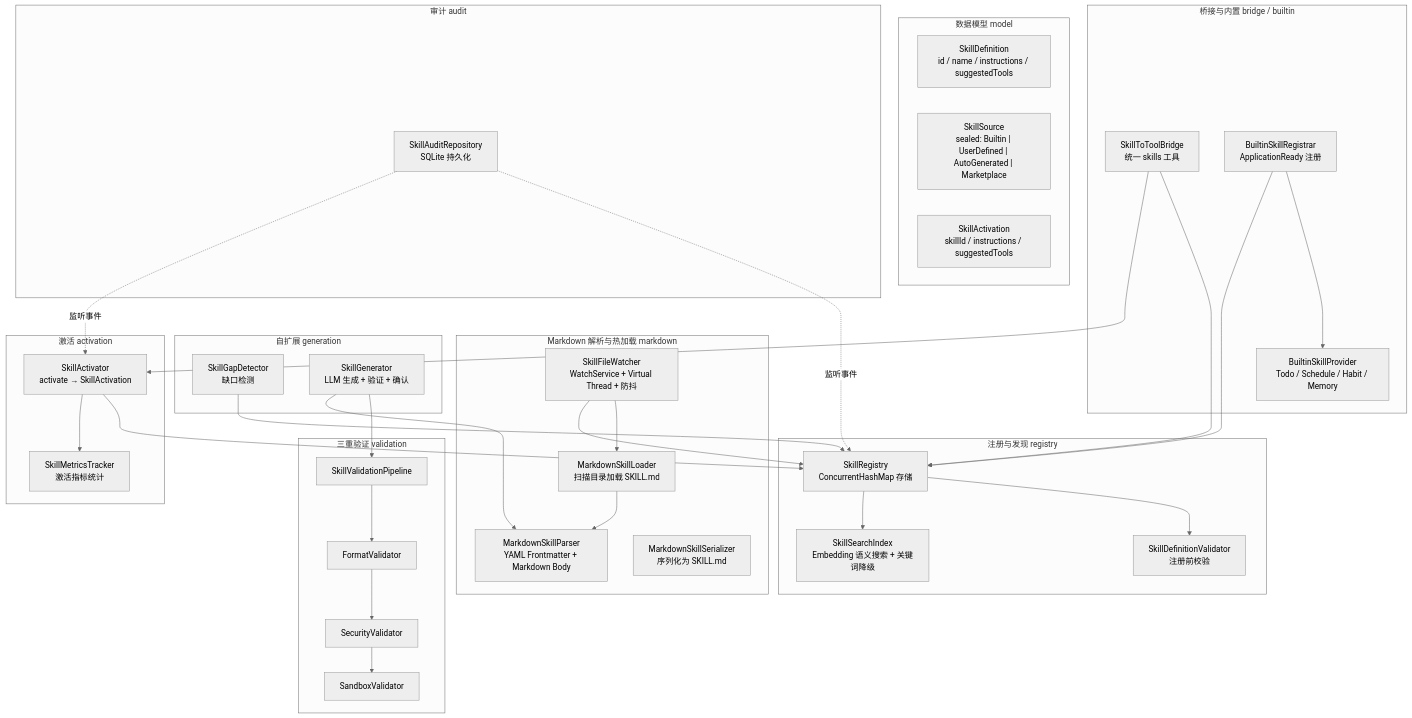
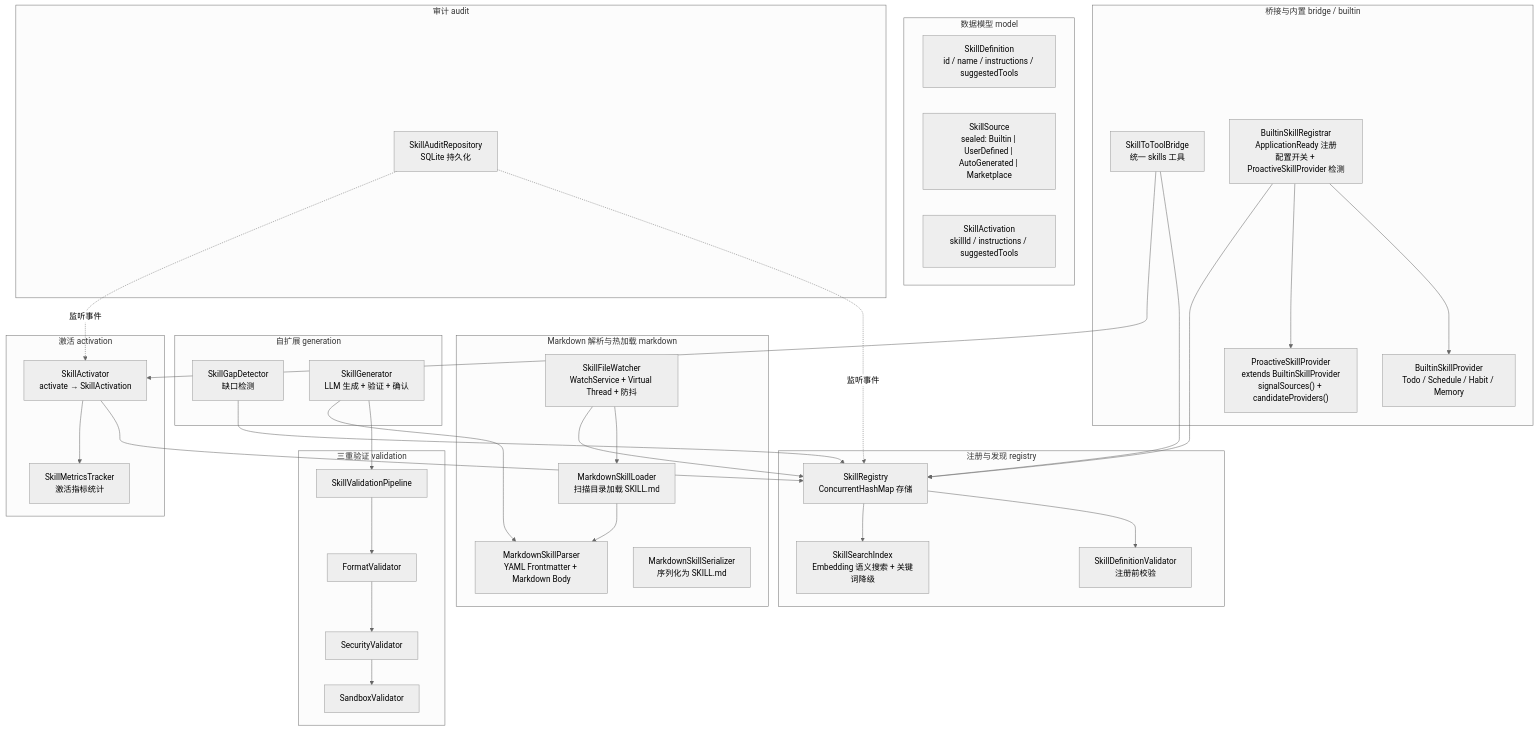
The first of 4 diagrams in docs/architecture/skill-system.md (ntygod/LifePilot), drawn with Mermaid (neutral theme) before and after one commit. The commit also changed other lines of this file and 7 other files, not shown here.

````diff
--- a/docs/architecture/skill-system.md
+++ b/docs/architecture/skill-system.md
@@ -15,65 +15,67 @@
 ```mermaid
 graph TB
     subgraph "数据模型 model"
         SD["SkillDefinition<br/>id / name / instructions / suggestedTools"]
         SS["SkillSource<br/>sealed: Builtin | UserDefined | AutoGenerated | Marketplace"]
         SA_M["SkillActivation<br/>skillId / instructions / suggestedTools"]
     end
 
     subgraph "注册与发现 registry"
         SR["SkillRegistry<br/>ConcurrentHashMap 存储"]
         SDV["SkillDefinitionValidator<br/>注册前校验"]
         SSI["SkillSearchIndex<br/>Embedding 语义搜索 + 关键词降级"]
     end
 
     subgraph "激活 activation"
         SA["SkillActivator<br/>activate → SkillActivation"]
         SMT["SkillMetricsTracker<br/>激活指标统计"]
     end
 
     subgraph "Markdown 解析与热加载 markdown"
         MSL["MarkdownSkillLoader<br/>扫描目录加载 SKILL.md"]
         MSP["MarkdownSkillParser<br/>YAML Frontmatter + Markdown Body"]
         MSS["MarkdownSkillSerializer<br/>序列化为 SKILL.md"]
         SFW["SkillFileWatcher<br/>WatchService + Virtual Thread + 防抖"]
     end
 
     subgraph "三重验证 validation"
         SVP["SkillValidationPipeline"]
         FV["FormatValidator"]
         SEV["SecurityValidator"]
         SBV["SandboxValidator"]
         SVP --> FV --> SEV --> SBV
     end
 
     subgraph "自扩展 generation"
         SGD["SkillGapDetector<br/>缺口检测"]
         SG["SkillGenerator<br/>LLM 生成 + 验证 + 确认"]
     end
 
     subgraph "桥接与内置 bridge / builtin"
         STB["SkillToToolBridge<br/>统一 skills 工具"]
-        BSR["BuiltinSkillRegistrar<br/>ApplicationReady 注册"]
+        BSR["BuiltinSkillRegistrar<br/>ApplicationReady 注册<br/>配置开关 + ProactiveSkillProvider 检测"]
         BSP["BuiltinSkillProvider<br/>Todo / Schedule / Habit / Memory"]
+        PSP["ProactiveSkillProvider<br/>extends BuiltinSkillProvider<br/>signalSources() + candidateProviders()"]
     end
 
     subgraph "审计 audit"
         SAR["SkillAuditRepository<br/>SQLite 持久化"]
     end
 
     SR --> SDV
     SR --> SSI
     SA --> SR
     SA --> SMT
     SFW --> MSL --> MSP
     SFW --> SR
     SGD --> SR
     SG --> SVP
     SG --> MSP
     STB --> SR
     STB --> SA
     BSR --> BSP
+    BSR --> PSP
     BSR --> SR
     SAR -.->|"监听事件"| SR
     SAR -.->|"监听事件"| SA
 ```
````
